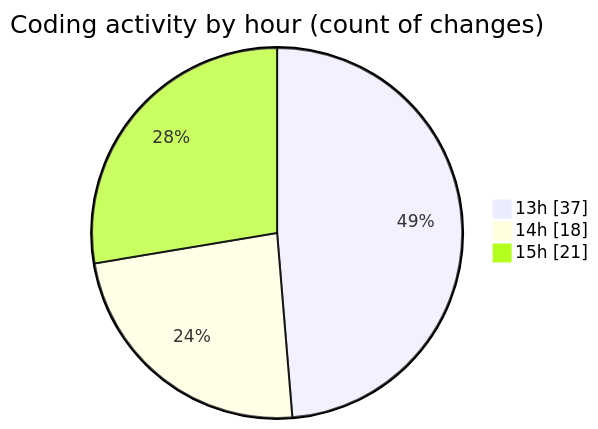
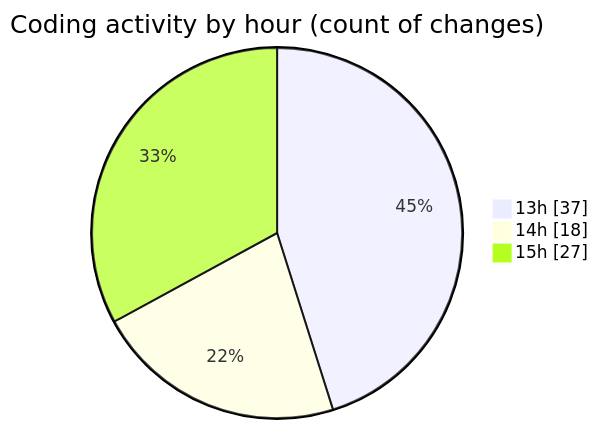
The second of 2 diagrams in 2026-04-11/scripting_workshop/README.md (Unknowalive/code-tracking), drawn with Mermaid before and after one commit. The commit also changed other lines of this file and 1 other file, not shown here.

````diff
--- a/2026-04-11/scripting_workshop/README.md
+++ b/2026-04-11/scripting_workshop/README.md
@@ -63,7 +63,7 @@
 ```mermaid
 pie showData
 title Coding activity by hour (count of changes)
 "13h" : 37
 "14h" : 18
-"15h" : 21
+"15h" : 27
 ```
````
